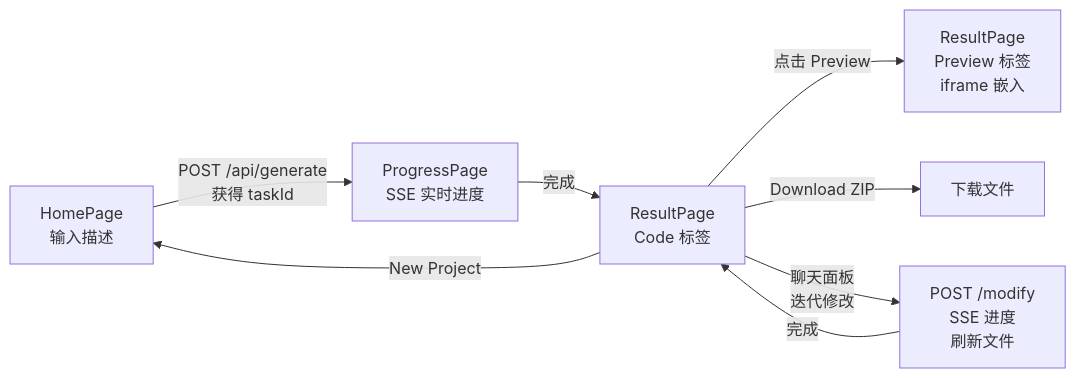
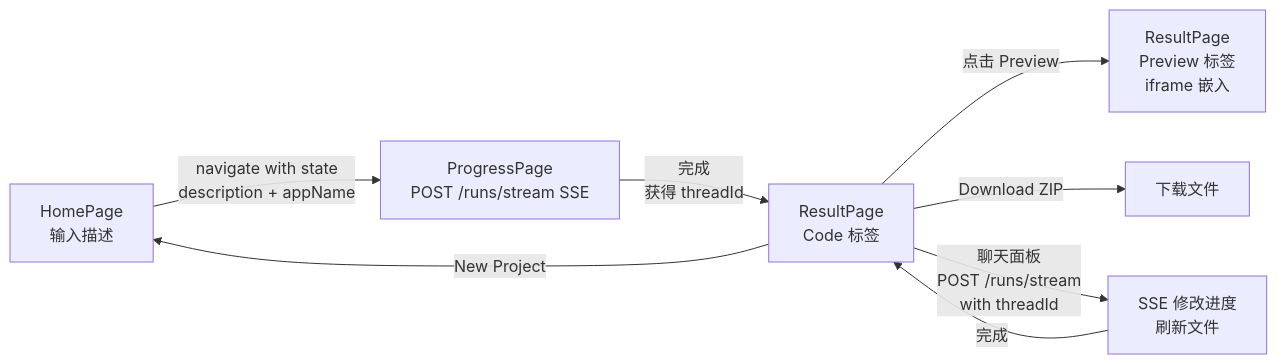
Before and after one commit to eggjs/agent-examples: the third of 3 diagrams in mini-muse/docs/design.md, drawn with Mermaid. The commit also changed other lines of this file and 23 other files, not shown here.

````diff
--- a/mini-muse/docs/design.md
+++ b/mini-muse/docs/design.md
@@ -213,10 +239,10 @@
 ```mermaid
 graph LR
-    A[HomePage<br/>输入描述] -->|POST /api/generate<br/>获得 taskId| B[ProgressPage<br/>SSE 实时进度]
-    B -->|完成| C[ResultPage<br/>Code 标签]
+    A[HomePage<br/>输入描述] -->|navigate with state<br/>description + appName| B[ProgressPage<br/>POST /runs/stream SSE]
+    B -->|完成<br/>获得 threadId| C[ResultPage<br/>Code 标签]
     C -->|点击 Preview| D[ResultPage<br/>Preview 标签<br/>iframe 嵌入]
     C -->|Download ZIP| E[下载文件]
     C -->|New Project| A
-    C -->|聊天面板<br/>迭代修改| F[POST /modify<br/>SSE 进度<br/>刷新文件]
+    C -->|聊天面板<br/>POST /runs/stream<br/>with threadId| F[SSE 修改进度<br/>刷新文件]
     F -->|完成| C
 ```
````
